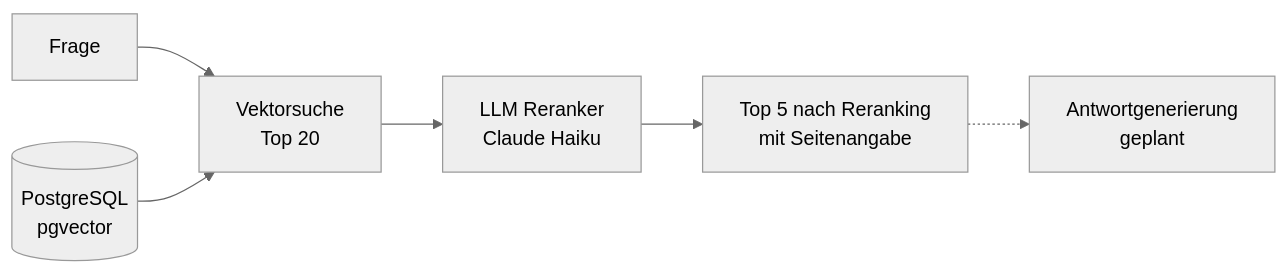
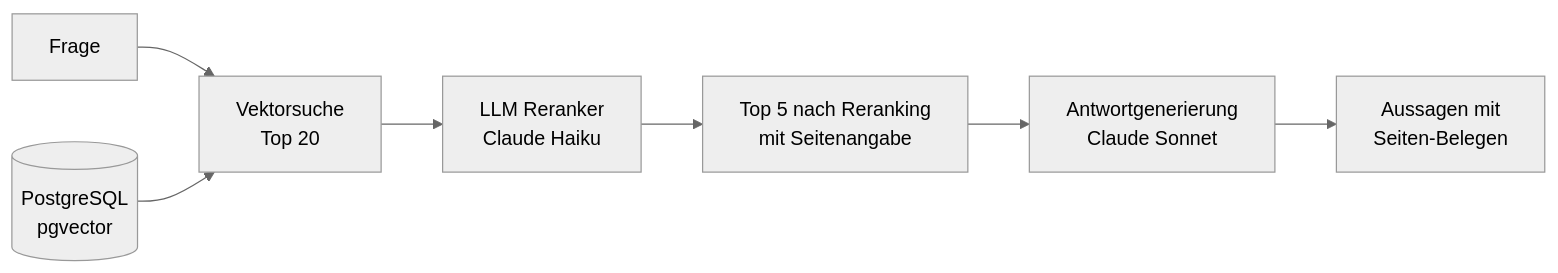
One commit to fknoerzer/anlagen-copilot changed the second of 2 diagrams in README.md. Above: the diagram before and after it, drawn with Mermaid (neutral theme). The commit also changed other lines of this file and 2 other files, not shown here.

````diff
--- a/README.md
+++ b/README.md
@@ -101,8 +108,9 @@
 ```mermaid
 flowchart LR
     Q[Frage] --> R[Vektorsuche<br/>Top 20]
     F[(PostgreSQL<br/>pgvector)] --> R
     R --> S[LLM Reranker<br/>Claude Haiku]
     S --> T[Top 5 nach Reranking<br/>mit Seitenangabe]
-    T -.-> U[Antwortgenerierung<br/>geplant]
+    T --> U[Antwortgenerierung<br/>Claude Sonnet]
+    U --> V[Aussagen mit<br/>Seiten-Belegen]
 ```
````
